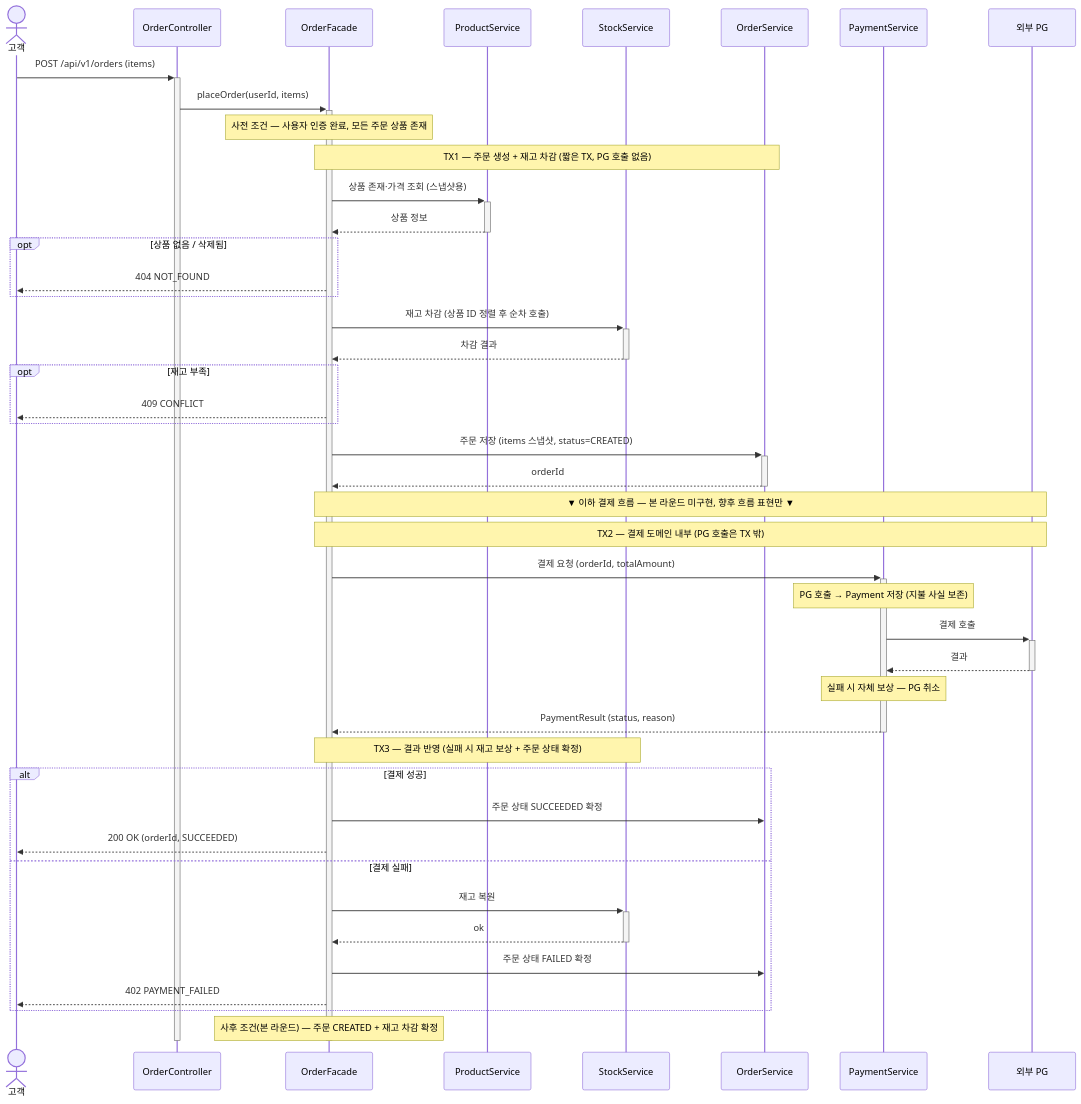
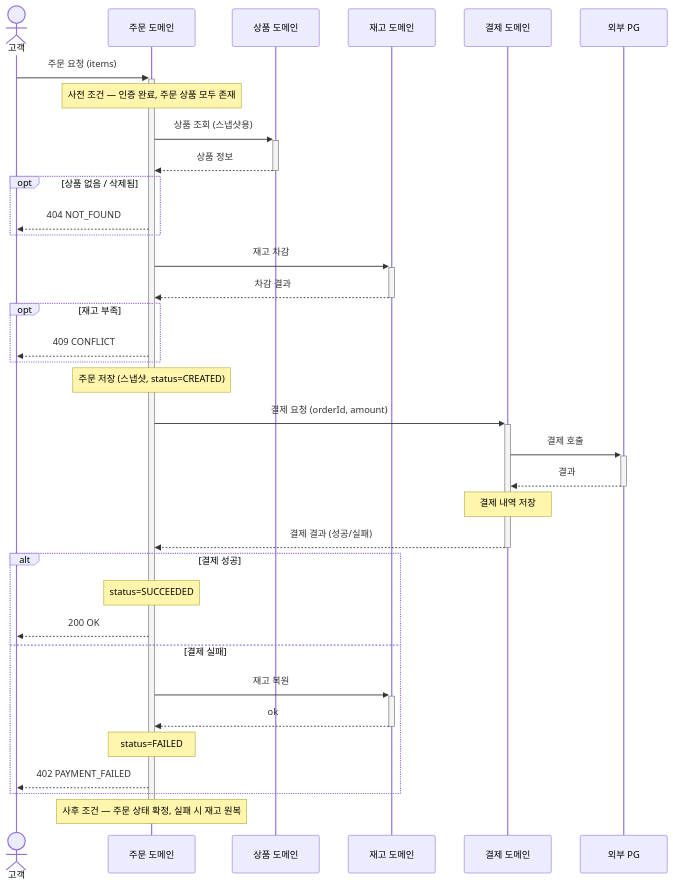
One commit to loopers-labs/loop-pack-be-l2-vol4-java changed the first of 3 diagrams in .docs/design/02-sequence-diagrams.md. Above: the diagram before and after it, drawn with Mermaid. The commit also changed other lines of this file and 3 other files, not shown here.

First line of the commit message:
docs: 2주차 설계 문서 정리 — 스코프 축소 및 다이어그램 정합

````diff
--- a/.docs/design/02-sequence-diagrams.md
+++ b/.docs/design/02-sequence-diagrams.md
@@ -13,52 +13,42 @@
 ```mermaid
 sequenceDiagram
     actor C as 고객
-    participant Ctl as OrderController
-    participant F as OrderFacade
-    participant PS as ProductService
-    participant SS as StockService
-    participant OS as OrderService
-    participant Pay as PaymentService
+    participant O as 주문 도메인
+    participant P as 상품 도메인
+    participant S as 재고 도메인
+    participant Pay as 결제 도메인
     participant PG as 외부 PG
 
-    C->>+Ctl: POST /api/v1/orders (items)
-    Ctl->>+F: placeOrder(userId, items)
-    Note over F: 사전 조건 — 사용자 인증 완료, 모든 주문 상품 존재
+    C->>+O: 주문 요청 (items)
+    Note over O: 사전 조건 — 인증 완료, 주문 상품 모두 존재
 
-    Note over F,OS: TX1 — 주문 생성 + 재고 차감 (짧은 TX, PG 호출 없음)
-    F->>+PS: 상품 존재·가격 조회 (스냅샷용)
-    PS-->>-F: 상품 정보
+    O->>+P: 상품 조회 (스냅샷용)
+    P-->>-O: 상품 정보
     opt 상품 없음 / 삭제됨
-        F-->>C: 404 NOT_FOUND
+        O-->>C: 404 NOT_FOUND
     end
-    F->>+SS: 재고 차감 (상품 ID 정렬 후 순차 호출)
-    SS-->>-F: 차감 결과
+    O->>+S: 재고 차감
+    S-->>-O: 차감 결과
     opt 재고 부족
-        F-->>C: 409 CONFLICT
+        O-->>C: 409 CONFLICT
     end
-    F->>+OS: 주문 저장 (items 스냅샷, status=CREATED)
-    OS-->>-F: orderId
+    Note over O: 주문 저장 (스냅샷, status=CREATED)
 
-    Note over F,PG: ▼ 이하 결제 흐름 — 본 라운드 미구현, 향후 흐름 표현만 ▼
-    Note over F,PG: TX2 — 결제 도메인 내부 (PG 호출은 TX 밖)
-    F->>+Pay: 결제 요청 (orderId, totalAmount)
-    Note over Pay: PG 호출 → Payment 저장 (지불 사실 보존)
+    O->>+Pay: 결제 요청 (orderId, amount)
     Pay->>+PG: 결제 호출
     PG-->>-Pay: 결과
-    Note over Pay: 실패 시 자체 보상 — PG 취소
-    Pay-->>-F: PaymentResult (status, reason)
+    Note over Pay: 결제 내역 저장
+    Pay-->>-O: 결제 결과 (성공/실패)
 
-    Note over F,SS: TX3 — 결과 반영 (실패 시 재고 보상 + 주문 상태 확정)
     alt 결제 성공
-        F->>OS: 주문 상태 SUCCEEDED 확정
-        F-->>C: 200 OK (orderId, SUCCEEDED)
+        Note over O: status=SUCCEEDED
+        O-->>C: 200 OK
     else 결제 실패
-        F->>+SS: 재고 복원
-        SS-->>-F: ok
-        F->>OS: 주문 상태 FAILED 확정
-        F-->>C: 402 PAYMENT_FAILED
+        O->>+S: 재고 복원
+        S-->>-O: ok
+        Note over O: status=FAILED
+        O-->>C: 402 PAYMENT_FAILED
     end
-    Note over F: 사후 조건(본 라운드) — 주문 CREATED + 재고 차감 확정
-    deactivate F
-    deactivate Ctl
+    Note over O: 사후 조건 — 주문 상태 확정, 실패 시 재고 원복
+    deactivate O
 ```
````
